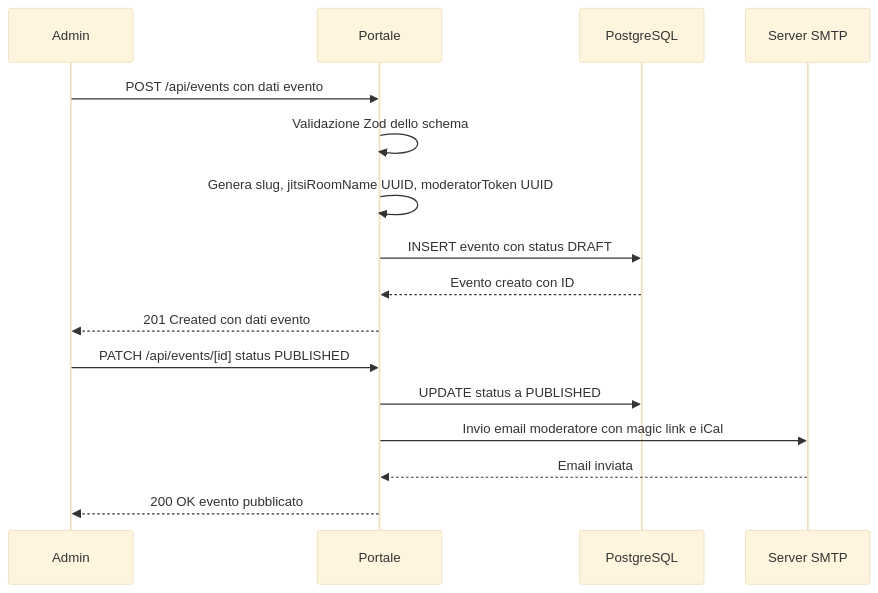
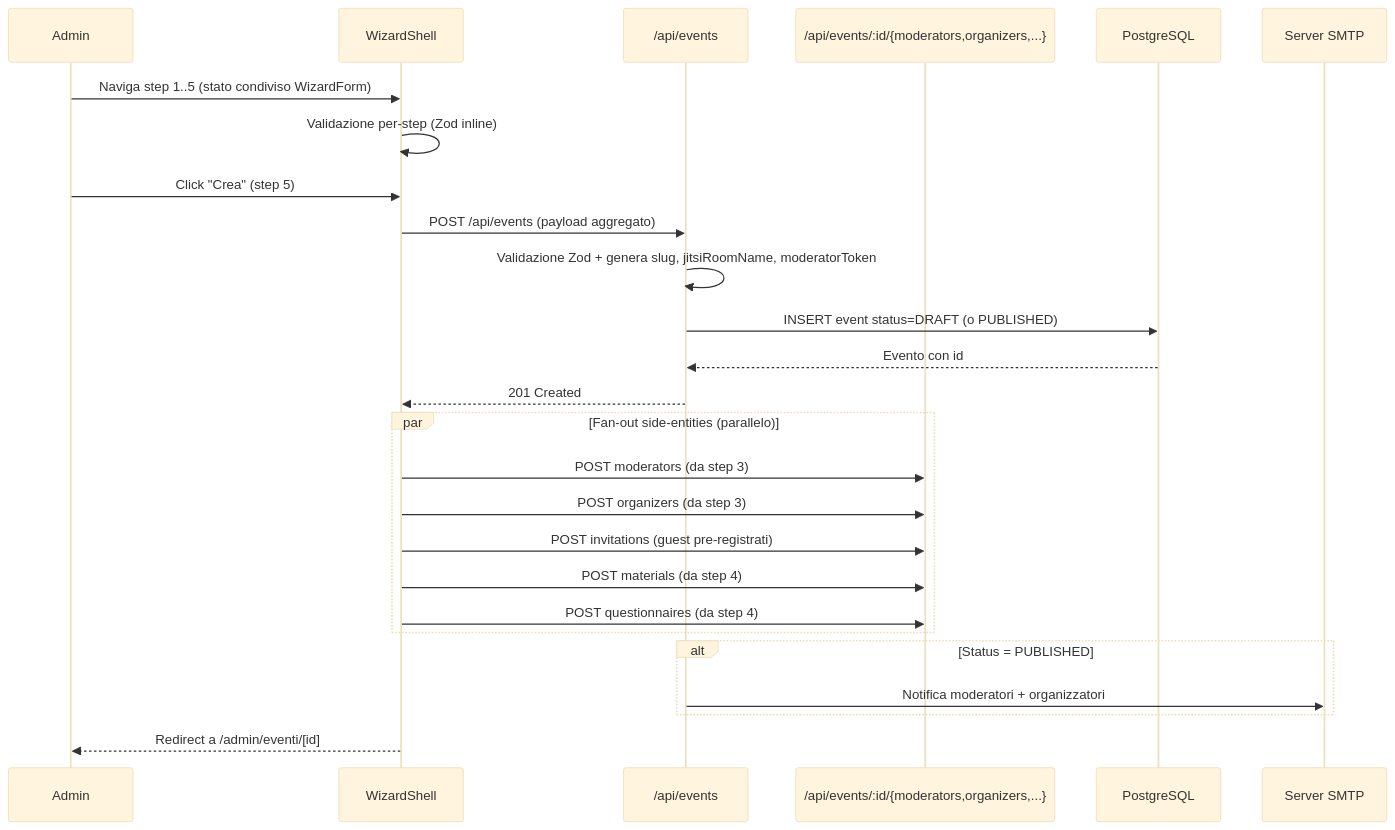
The fifth of 18 diagrams in docs/ARCHITECTURE.md (italia/pa-webinar), drawn with Mermaid (base theme) before and after one commit. The commit also changed other lines of this file and 8 other files, not shown here.

````diff
--- a/docs/ARCHITECTURE.md
+++ b/docs/ARCHITECTURE.md
@@ -321,20 +380,31 @@
 ```mermaid
 sequenceDiagram
     participant Admin
-    participant Portale
+    participant Wizard as WizardShell
+    participant API as /api/events
+    participant SideAPI as /api/events/:id/{moderators,organizers,...}
     participant DB as PostgreSQL
     participant Email as Server SMTP
 
-    Admin->>Portale: POST /api/events con dati evento
-    Portale->>Portale: Validazione Zod dello schema
-    Portale->>Portale: Genera slug, jitsiRoomName UUID, moderatorToken UUID
-    Portale->>DB: INSERT evento con status DRAFT
-    DB-->>Portale: Evento creato con ID
-    Portale-->>Admin: 201 Created con dati evento
+    Admin->>Wizard: Naviga step 1..5 (stato condiviso WizardForm)
+    Wizard->>Wizard: Validazione per-step (Zod inline)
+    Admin->>Wizard: Click "Crea" (step 5)
+    Wizard->>API: POST /api/events (payload aggregato)
+    API->>API: Validazione Zod + genera slug, jitsiRoomName, moderatorToken
+    API->>DB: INSERT event status=DRAFT (o PUBLISHED)
+    DB-->>API: Evento con id
+    API-->>Wizard: 201 Created
 
-    Admin->>Portale: PATCH /api/events/[id] status PUBLISHED
-    Portale->>DB: UPDATE status a PUBLISHED
-    Portale->>Email: Invio email moderatore con magic link e iCal
-    Email-->>Portale: Email inviata
-    Portale-->>Admin: 200 OK evento pubblicato
+    par Fan-out side-entities (parallelo)
+        Wizard->>SideAPI: POST moderators (da step 3)
+        Wizard->>SideAPI: POST organizers (da step 3)
+        Wizard->>SideAPI: POST invitations (guest pre-registrati)
+        Wizard->>SideAPI: POST materials (da step 4)
+        Wizard->>SideAPI: POST questionnaires (da step 4)
+    end
+
+    alt Status = PUBLISHED
+        API->>Email: Notifica moderatori + organizzatori
+    end
+    Wizard-->>Admin: Redirect a /admin/eventi/[id]
 ```
````
